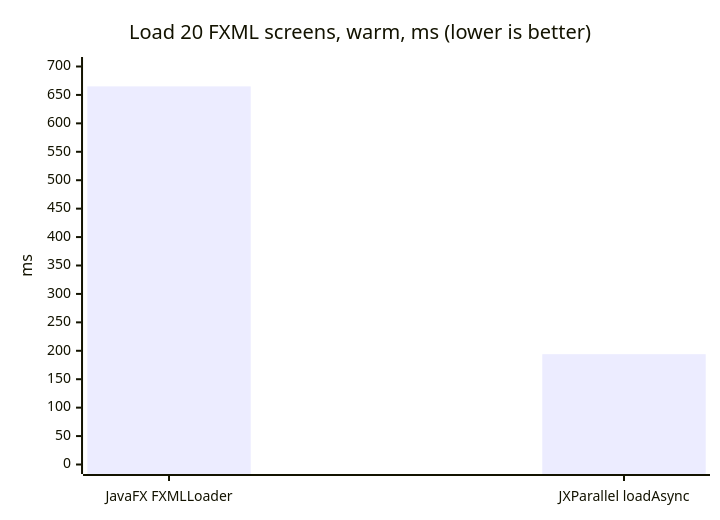
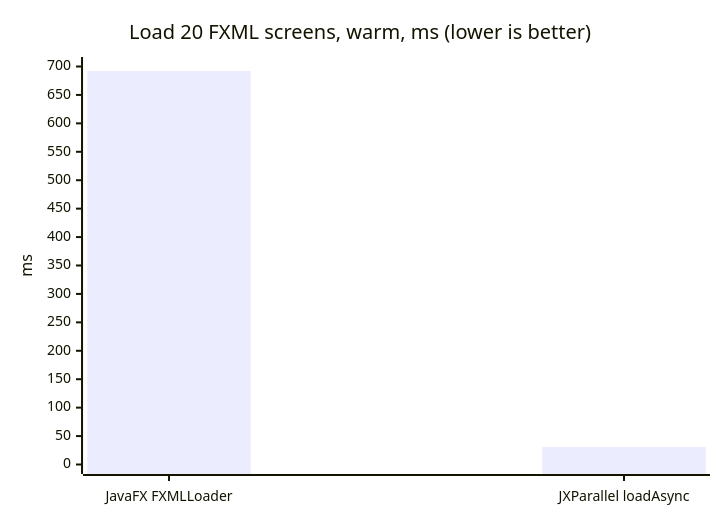
The sixth of 6 diagrams in README.md (Bacuriim/JXParallel), drawn with Mermaid before and after one commit. The commit also changed other lines of this file and 10 other files, not shown here.

````diff
--- a/README.md
+++ b/README.md
@@ -388,7 +391,7 @@
 ```mermaid
 xychart-beta
     title "Load 20 FXML screens, warm, ms (lower is better)"
     x-axis ["JavaFX FXMLLoader", "JXParallel loadAsync"]
     y-axis "ms" 0 --> 700
-    bar [665, 194]
+    bar [692, 31]
 ```
````
